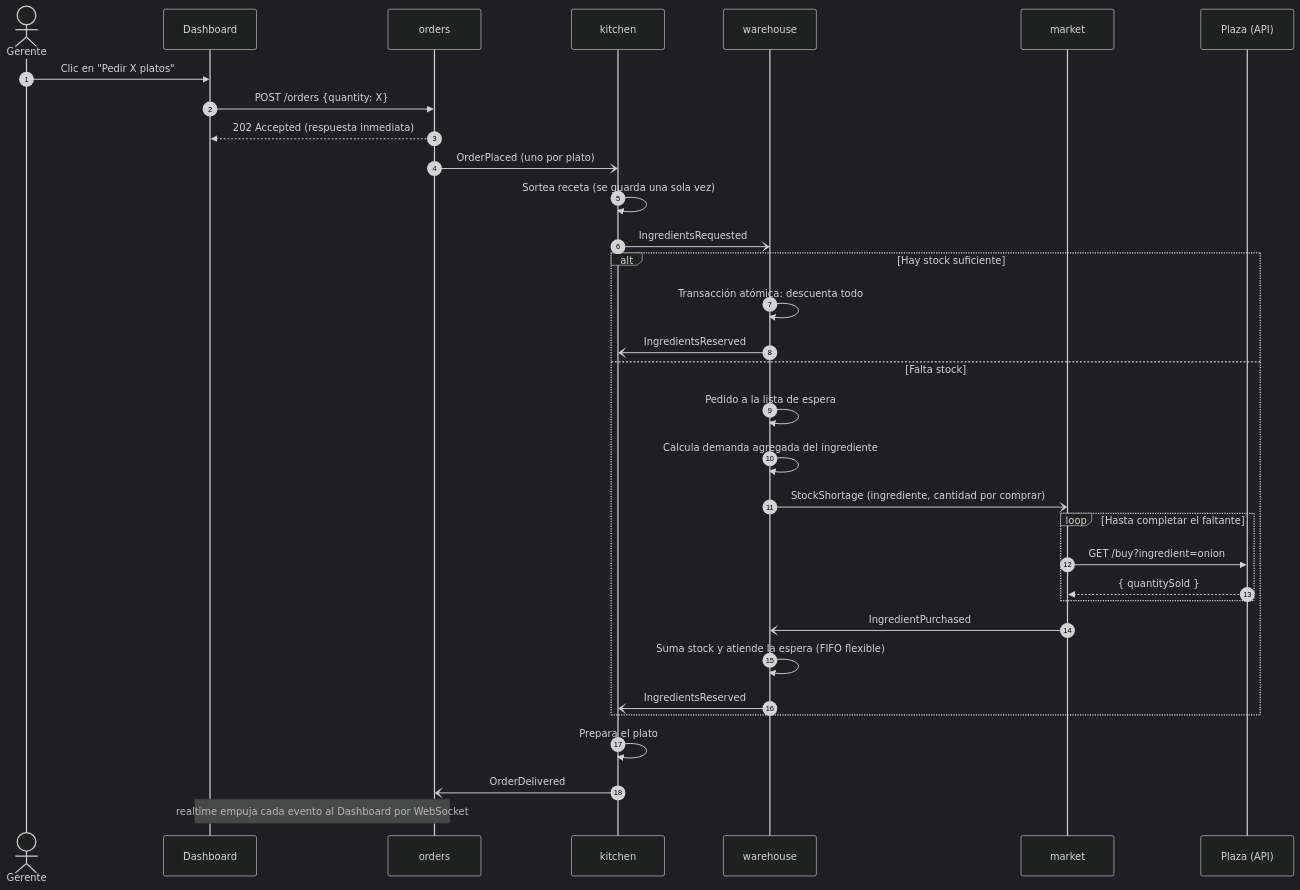
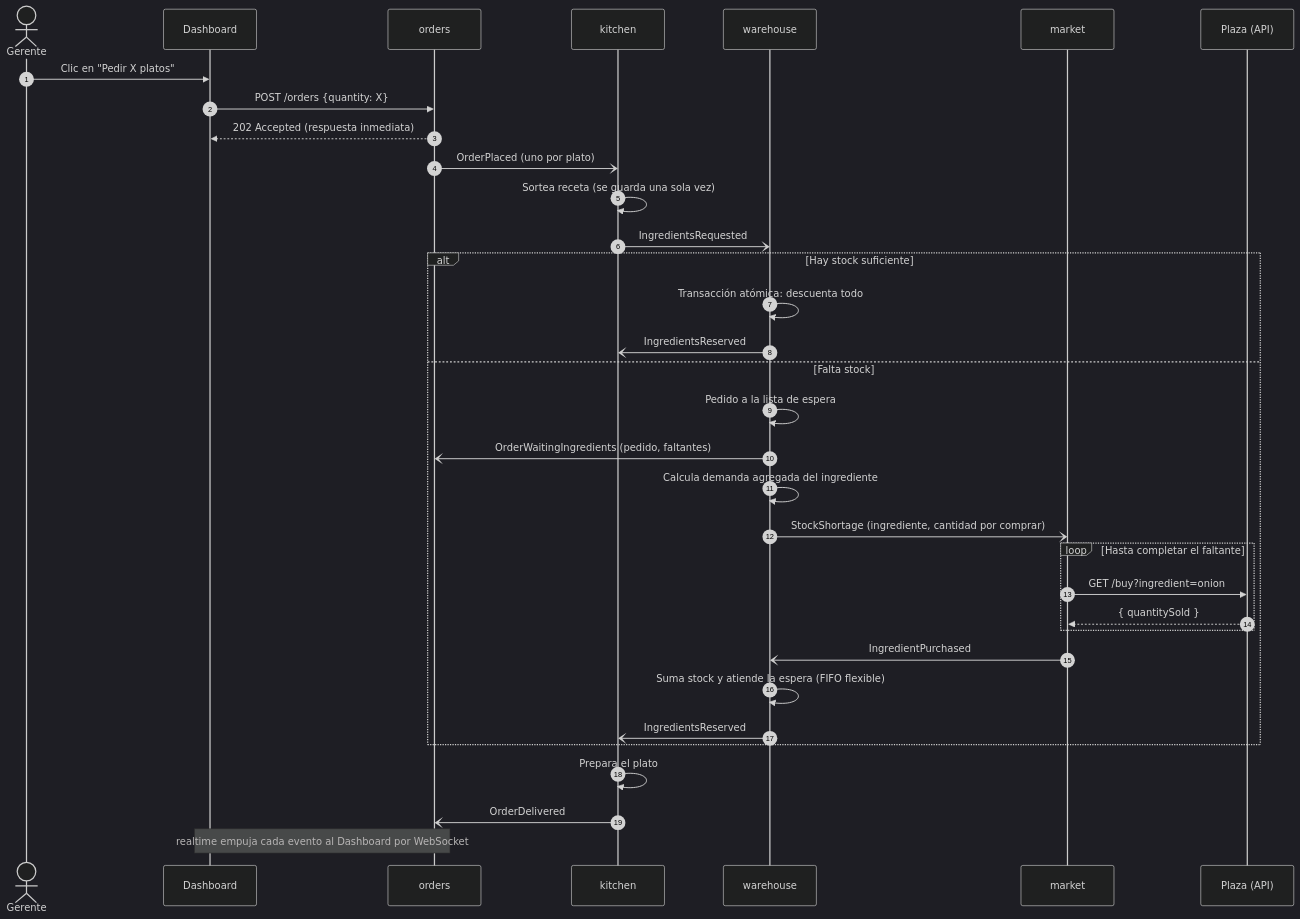
The second of 2 diagrams in docs/PLANNING.md (nicocasr/restaurant-free-lunch), drawn with Mermaid (dark theme) before and after one commit. The commit also changed other lines of this file, not shown here.

Commit message:
docs: add OrderWaitingIngredients event to planning

````diff
--- a/docs/PLANNING.md
+++ b/docs/PLANNING.md
@@ -141,36 +142,37 @@
 ```mermaid
 sequenceDiagram
     autonumber
     actor G as Gerente
     participant W as Dashboard
     participant O as orders
     participant K as kitchen
     participant B as warehouse
     participant M as market
     participant P as Plaza (API)
 
     G->>W: Clic en "Pedir X platos"
     W->>O: POST /orders {quantity: X}
     O-->>W: 202 Accepted (respuesta inmediata)
     O-)K: OrderPlaced (uno por plato)
     K->>K: Sortea receta (se guarda una sola vez)
     K-)B: IngredientsRequested
     alt Hay stock suficiente
         B->>B: Transacción atómica: descuenta todo
         B-)K: IngredientsReserved
     else Falta stock
         B->>B: Pedido a la lista de espera
+        B-)O: OrderWaitingIngredients (pedido, faltantes)
         B->>B: Calcula demanda agregada del ingrediente
         B-)M: StockShortage (ingrediente, cantidad por comprar)
         loop Hasta completar el faltante
             M->>P: GET /buy?ingredient=onion
             P-->>M: { quantitySold }
         end
         M-)B: IngredientPurchased
         B->>B: Suma stock y atiende la espera (FIFO flexible)
         B-)K: IngredientsReserved
     end
     K->>K: Prepara el plato
     K-)O: OrderDelivered
     Note over O,W: realtime empuja cada evento al Dashboard por WebSocket
 ```
````
